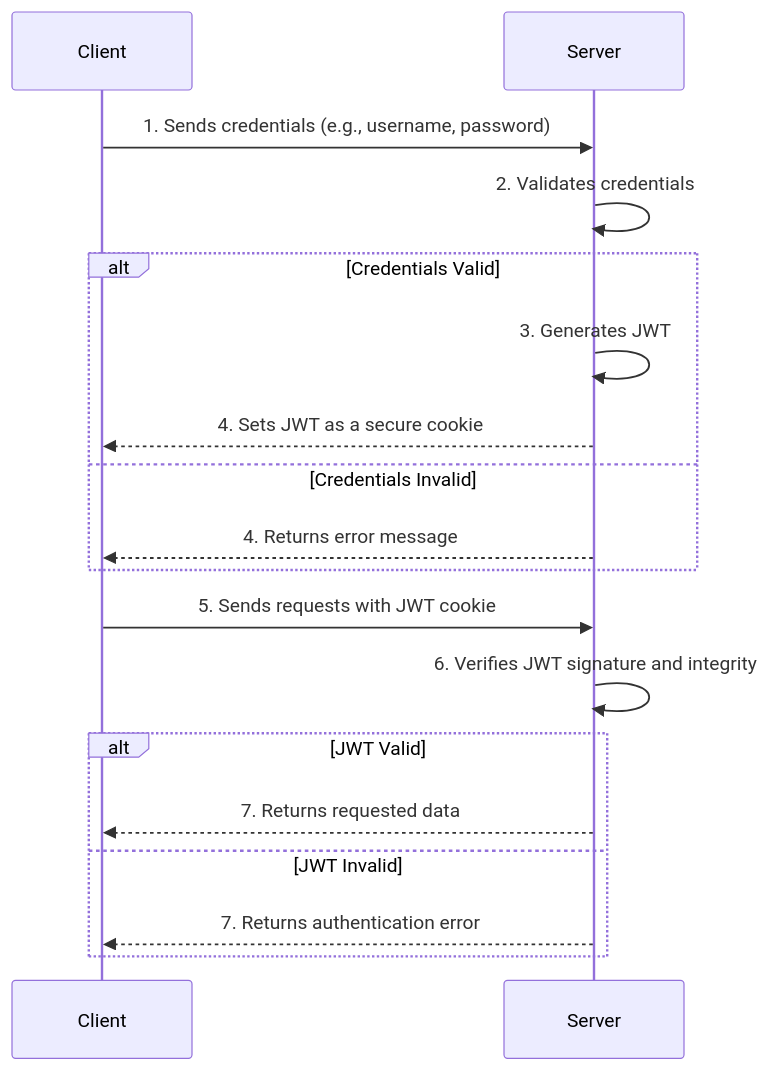
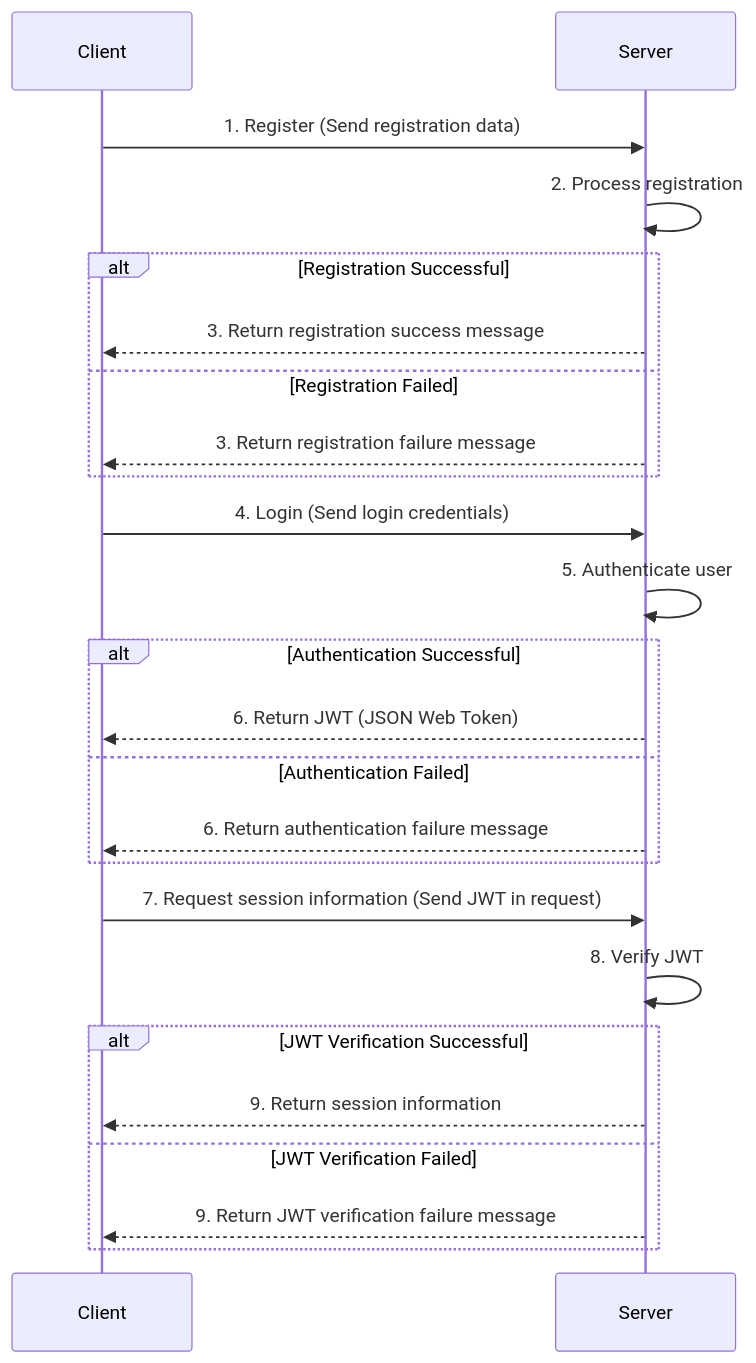
Before and after one commit to dearing/registry: the diagram in readme.md, drawn with Mermaid.

Commit message:
update diagram to include registration step

````diff
--- a/readme.md
+++ b/readme.md
@@ -10,22 +10,29 @@
 ```mermaid
 sequenceDiagram
     participant Client
     participant Server
 
-    Client ->> Server: 1. Sends credentials (e.g., username, password)
-    Server ->> Server: 2. Validates credentials
-    alt Credentials Valid
-        Server ->> Server: 3. Generates JWT
-        Server -->> Client: 4. Sets JWT as a secure cookie
-    else Credentials Invalid
-        Server -->> Client: 4. Returns error message
-    end
-    Client ->> Server: 5. Sends requests with JWT cookie
-    Server ->> Server: 6. Verifies JWT signature and integrity
-    alt JWT Valid
-        Server -->> Client: 7. Returns requested data
-    else JWT Invalid
-        Server -->> Client: 7. Returns authentication error
+    Client ->> Server: 1. Register (Send registration data)
+    Server ->> Server: 2. Process registration
+    alt Registration Successful
+        Server -->> Client: 3. Return registration success message
+    else Registration Failed
+        Server -->> Client: 3. Return registration failure message
     end
 
+    Client ->> Server: 4. Login (Send login credentials)
+    Server ->> Server: 5. Authenticate user
+    alt Authentication Successful
+        Server -->> Client: 6. Return JWT (JSON Web Token)
+    else Authentication Failed
+        Server -->> Client: 6. Return authentication failure message
+    end
+
+    Client ->> Server: 7. Request session information (Send JWT in request)
+    Server ->> Server: 8. Verify JWT
+    alt JWT Verification Successful
+        Server -->> Client: 9. Return session information
+    else JWT Verification Failed
+        Server -->> Client: 9. Return JWT verification failure message
+    end
 ```
````
